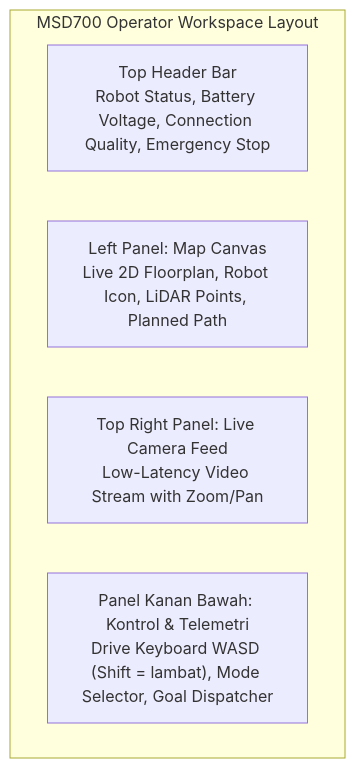
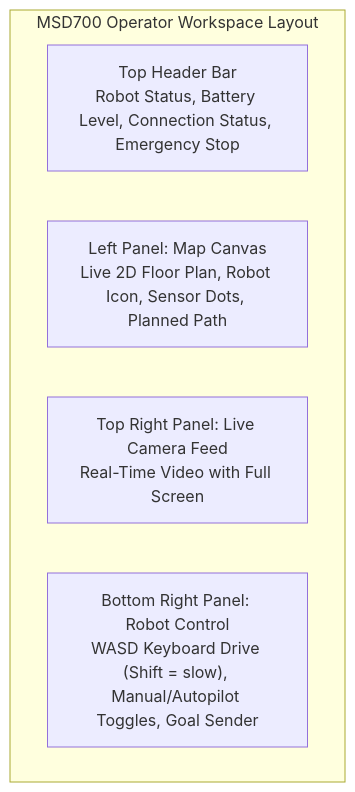
One commit to itbdelaboprogramming/msd700_documentation changed the second of 4 diagrams in docs/id/user-guide/quick-start.md. Above: the diagram before and after it, drawn with Mermaid. The commit also changed other lines of this file and 35 other files, not shown here.

````diff
--- a/docs/id/user-guide/quick-start.md
+++ b/docs/id/user-guide/quick-start.md
@@ -53,9 +54,9 @@
 ```mermaid
 flowchart TD
   subgraph Workspace["MSD700 Operator Workspace Layout"]
-    TOP["Top Header Bar<br/>Robot Status, Battery Voltage, Connection Quality, Emergency Stop"]
-    LEFT["Left Panel: Map Canvas<br/>Live 2D Floorplan, Robot Icon, LiDAR Points, Planned Path"]
-    RIGHT_TOP["Top Right Panel: Live Camera Feed<br/>Low-Latency Video Stream with Zoom/Pan"]
-    RIGHT_BOT["Panel Kanan Bawah: Kontrol & Telemetri<br/>Drive Keyboard WASD (Shift = lambat), Mode Selector, Goal Dispatcher"]
+    TOP["Top Header Bar<br/>Robot Status, Battery Level, Connection Status, Emergency Stop"]
+    LEFT["Left Panel: Map Canvas<br/>Live 2D Floor Plan, Robot Icon, Sensor Dots, Planned Path"]
+    RIGHT_TOP["Top Right Panel: Live Camera Feed<br/>Real-Time Video with Full Screen"]
+    RIGHT_BOT["Bottom Right Panel: Robot Control<br/>WASD Keyboard Drive (Shift = slow), Manual/Autopilot Toggles, Goal Sender"]
   end
 ```
````
